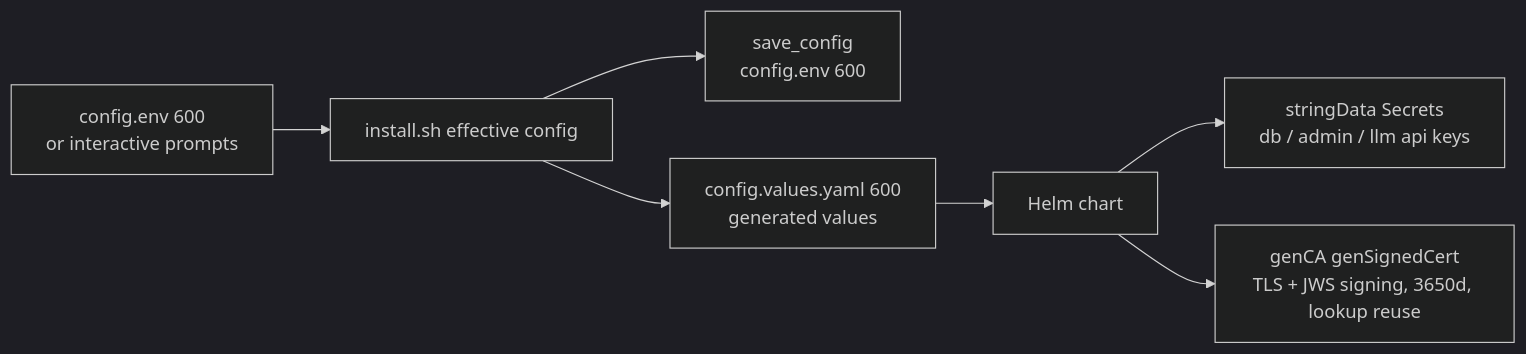
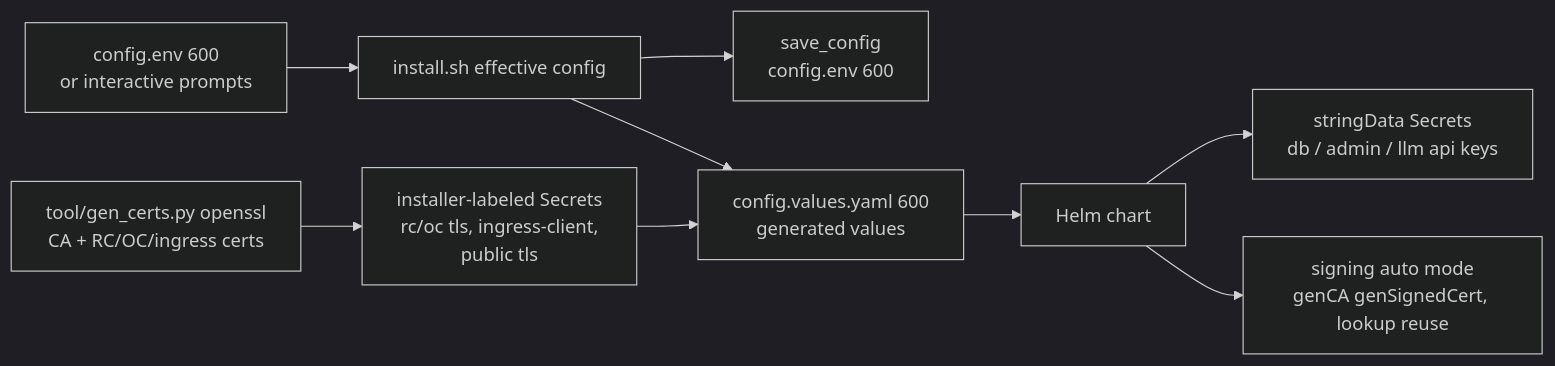
The third of 4 diagrams in docs/offline-install-architecture.md (XunliYang/openan-installation), drawn with Mermaid (dark theme) before and after one commit. The commit also changed other lines of this file and 15 other files, not shown here.

````diff
--- a/docs/offline-install-architecture.md
+++ b/docs/offline-install-architecture.md
@@ -231,9 +233,11 @@
 ```mermaid
 flowchart LR
     A[config.env 600<br/>or interactive prompts] --> B[install.sh effective config]
     B --> C[save_config<br/>config.env 600]
     B --> D[config.values.yaml 600<br/>generated values]
+    T[tool/gen_certs.py openssl<br/>CA + RC/OC/ingress certs] --> S[installer-labeled Secrets<br/>rc/oc tls, ingress-client,<br/>public tls]
+    S --> D
     D --> E[Helm chart]
     E --> F[stringData Secrets<br/>db / admin / llm api keys]
-    E --> G[genCA genSignedCert<br/>TLS + JWS signing, 3650d, lookup reuse]
+    E --> G[signing auto mode<br/>genCA genSignedCert, lookup reuse]
 ```
````
